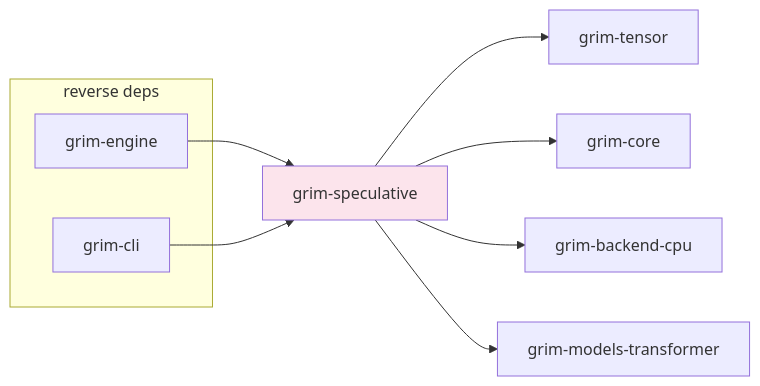
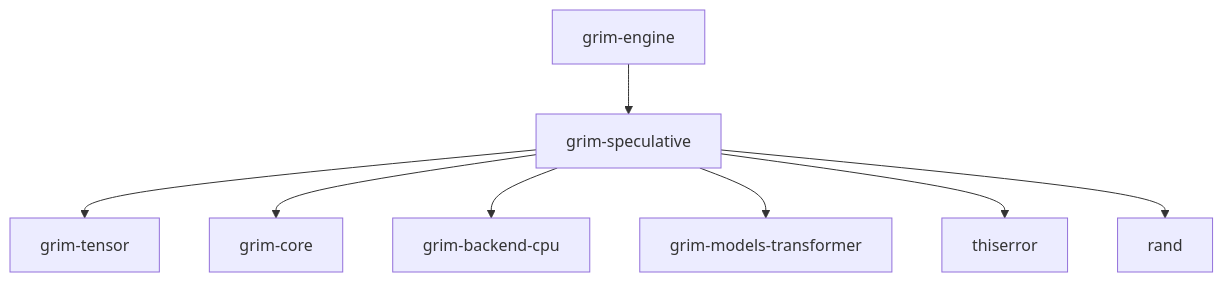
The diagram in crates/grim-speculative/README.md (sydonayrex/grim), drawn with Mermaid before and after one commit. The commit also changed other lines of this file and 53 other files, not shown here.

````diff
--- a/crates/grim-speculative/README.md
+++ b/crates/grim-speculative/README.md
@@ -18,17 +12,12 @@
 ```mermaid
-graph LR
-    A[grim-speculative] --> B[grim-tensor]
-    A --> C[grim-core]
-    A --> D[grim-backend-cpu]
-    A --> E[grim-models-transformer]
+graph TD
+    grim-engine --> grim-speculative
 
-    subgraph "reverse deps"
-        F1[grim-engine]
-        F2[grim-cli]
-    end
+    grim-speculative --> grim-tensor
+    grim-speculative --> grim-core
+    grim-speculative --> grim-backend-cpu
+    grim-speculative --> grim-models-transformer
 
-    F1 --> A
-    F2 --> A
-
-    style A fill:#fce4ec
+    grim-speculative --> thiserror
+    grim-speculative --> rand
 ```
````
